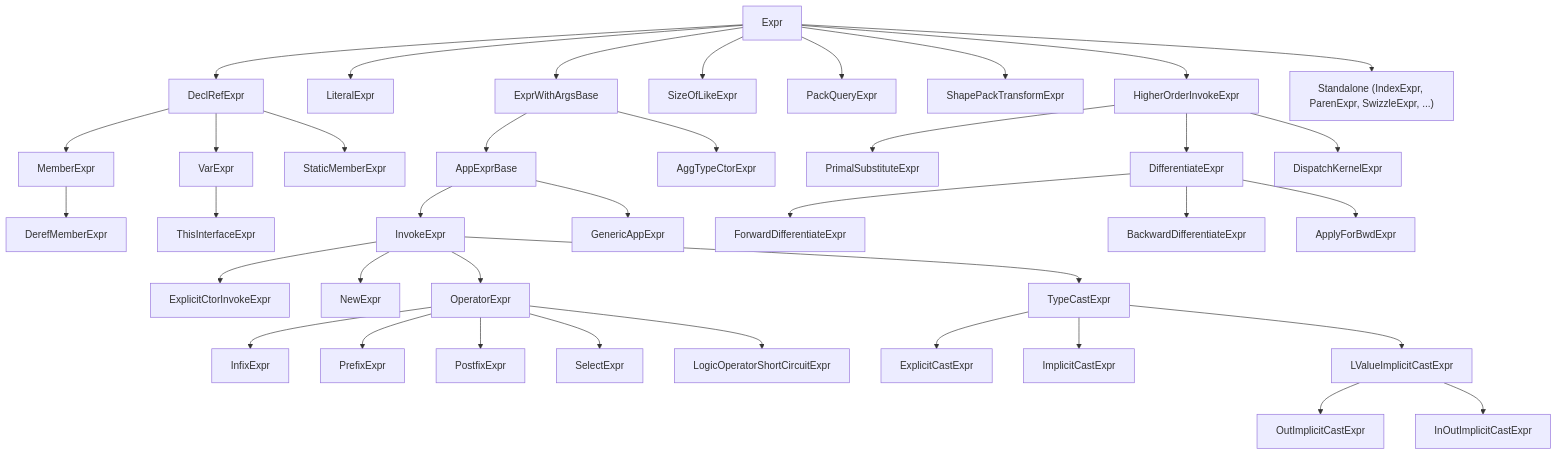
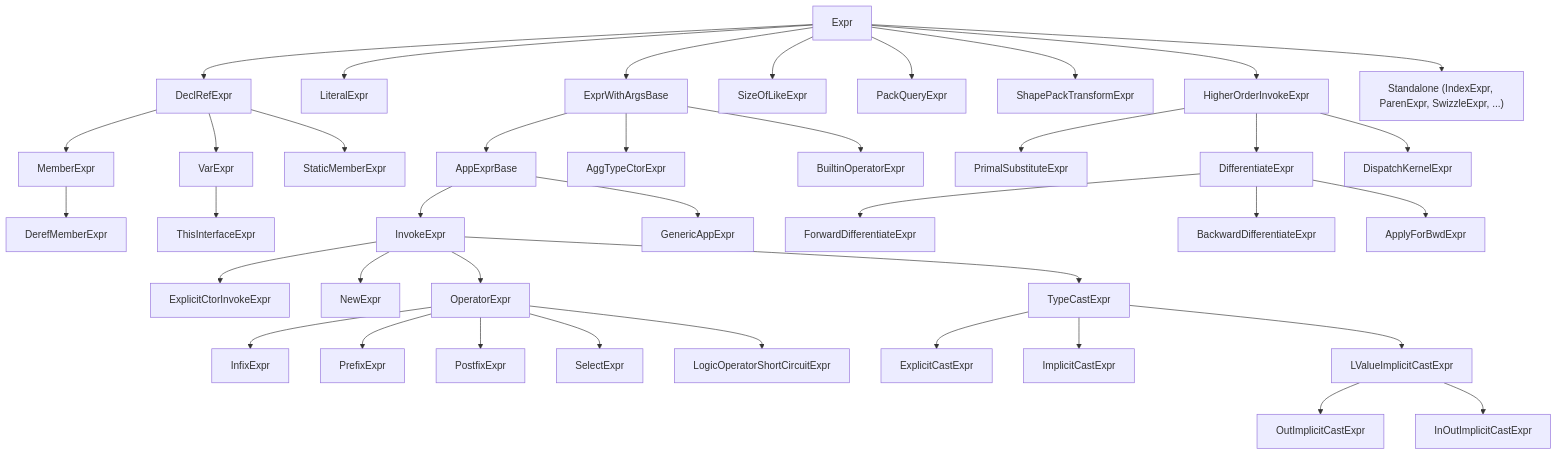
The diagram in docs/generated/design/ast-reference/expressions.md (shader-slang/slang), drawn with Mermaid before and after one commit. The commit also changed other lines of this file and 133 other files, not shown here.

````diff
--- a/docs/generated/design/ast-reference/expressions.md
+++ b/docs/generated/design/ast-reference/expressions.md
@@ -31,40 +31,41 @@
 ```mermaid
 flowchart TD
   Expr --> DeclRefExpr
   Expr --> LiteralExpr
   Expr --> ExprWithArgsBase
   Expr --> SizeOfLikeExpr
   Expr --> PackQueryExpr
   Expr --> ShapePackTransformExpr
   Expr --> HigherOrderInvokeExpr
   Expr --> OtherExpr["Standalone (IndexExpr, ParenExpr, SwizzleExpr, ...)"]
   DeclRefExpr --> VarExpr
   DeclRefExpr --> MemberExpr
   DeclRefExpr --> StaticMemberExpr
   MemberExpr --> DerefMemberExpr
   VarExpr --> ThisInterfaceExpr
   ExprWithArgsBase --> AppExprBase
   ExprWithArgsBase --> AggTypeCtorExpr
+  ExprWithArgsBase --> BuiltinOperatorExpr
   AppExprBase --> InvokeExpr
   AppExprBase --> GenericAppExpr
   InvokeExpr --> ExplicitCtorInvokeExpr
   InvokeExpr --> NewExpr
   InvokeExpr --> OperatorExpr
   InvokeExpr --> TypeCastExpr
   OperatorExpr --> InfixExpr
   OperatorExpr --> PrefixExpr
   OperatorExpr --> PostfixExpr
   OperatorExpr --> SelectExpr
   OperatorExpr --> LogicOperatorShortCircuitExpr
   TypeCastExpr --> ExplicitCastExpr
   TypeCastExpr --> ImplicitCastExpr
   TypeCastExpr --> LValueImplicitCastExpr
   LValueImplicitCastExpr --> OutImplicitCastExpr
   LValueImplicitCastExpr --> InOutImplicitCastExpr
   HigherOrderInvokeExpr --> PrimalSubstituteExpr
   HigherOrderInvokeExpr --> DifferentiateExpr
   HigherOrderInvokeExpr --> DispatchKernelExpr
   DifferentiateExpr --> ForwardDifferentiateExpr
   DifferentiateExpr --> BackwardDifferentiateExpr
   DifferentiateExpr --> ApplyForBwdExpr
 ```
````
